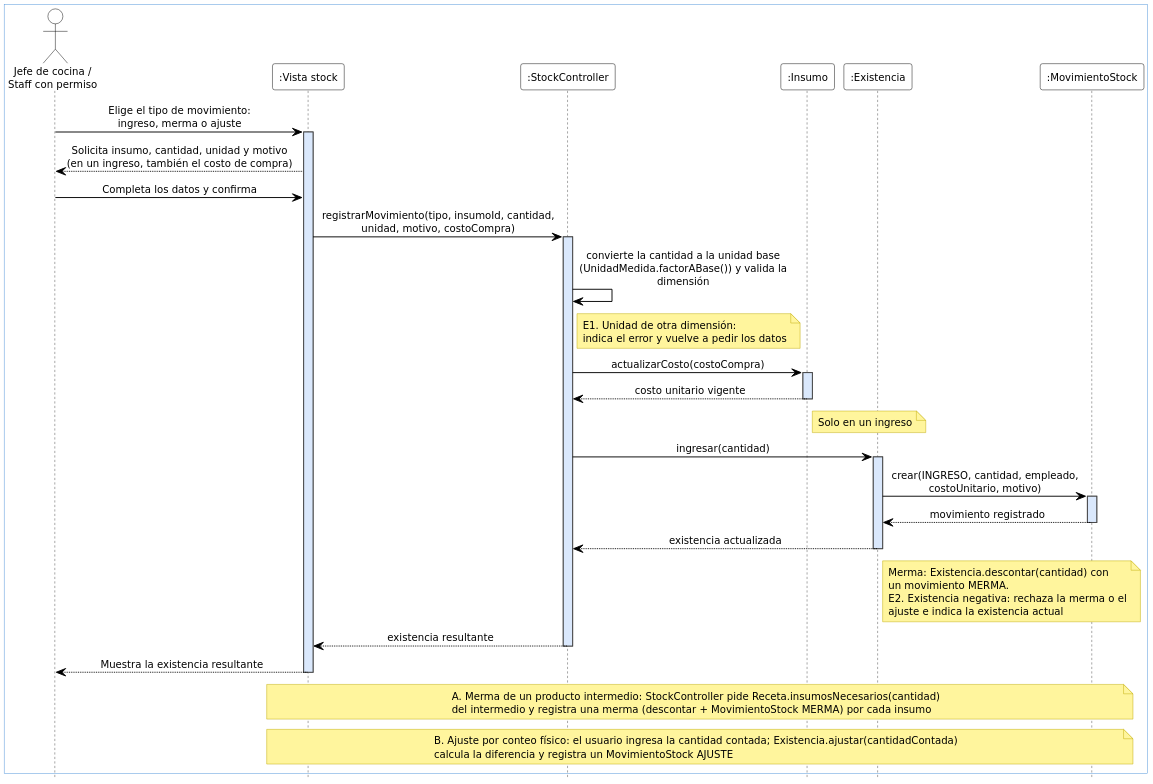
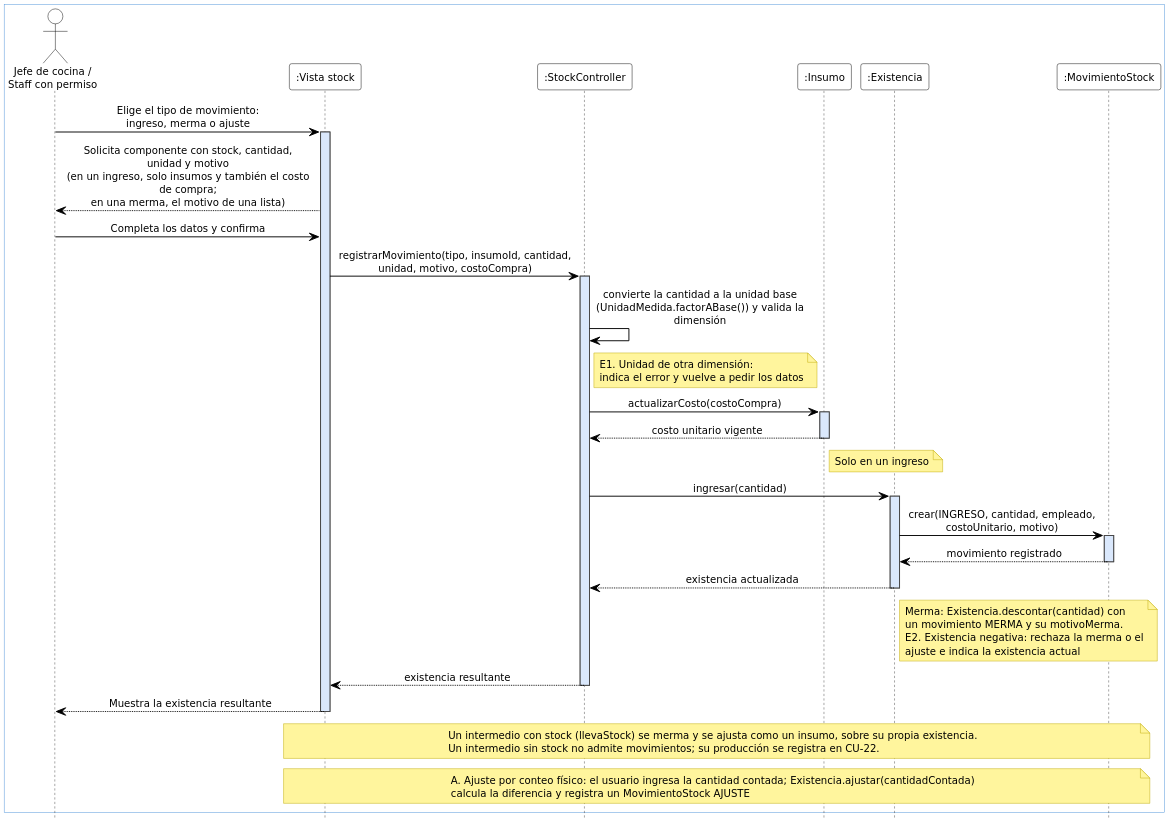
The diagram in docs/modelos/secuencia/CU-08-registrar-movimientos-de-stock/v1/cu-08-secuencia-v1.puml (GabrielLigresti/TFG-PGIM), drawn with PlantUML before and after one commit. The commit also changed 26 other files, not shown here.

Commit message:
Agregar los intermedios con stock, las tandas de producción y el motivo de merma en los modelos

```diff
--- a/docs/modelos/secuencia/CU-08-registrar-movimientos-de-stock/v1/cu-08-secuencia-v1.puml
+++ b/docs/modelos/secuencia/CU-08-registrar-movimientos-de-stock/v1/cu-08-secuencia-v1.puml
@@ -1,69 +1,69 @@
 @startuml cu-08-secuencia-v1
 ' Formato Vialia: participantes ":Clase", barras de activación celestes,
 ' sin numeración ni fragmentos; los flujos alternativos y las excepciones van como notas.
 skinparam dpi 200
 skinparam defaultFontName DejaVu Sans Condensed
 skinparam defaultFontSize 12
 skinparam shadowing false
 skinparam maxMessageSize 260
 skinparam sequenceMessageAlign center
 skinparam responseMessageBelowArrow false
 skinparam ArrowColor #000000
 skinparam ArrowThickness 1
 skinparam ActorBorderColor #000000
 skinparam ActorBackgroundColor #FFFFFF
 skinparam ActorFontColor #000000
 skinparam ParticipantBorderColor #000000
 skinparam ParticipantBackgroundColor #FFFFFF
 skinparam ParticipantFontColor #000000
 skinparam NoteBorderColor #BFA800
 skinparam NoteBackgroundColor #FFF59D
 skinparam NoteFontColor #000000
 skinparam BoxPadding 12
 skinparam sequence {
   LifeLineBorderColor #444444
   LifeLineBackgroundColor #DAE8FC
   BoxBorderColor #4A90D9
   BoxBackgroundColor #FFFFFF
 }
 hide footbox
 
 box
   actor "Jefe de cocina /\nStaff con permiso" as U
   participant ":Vista stock" as V
   participant ":StockController" as SC
   participant ":Insumo" as I
   participant ":Existencia" as E
   participant ":MovimientoStock" as MS
 end box
 
 U -> V : Elige el tipo de movimiento:\ningreso, merma o ajuste
 activate V
-V --> U : Solicita insumo, cantidad, unidad y motivo\n(en un ingreso, también el costo de compra)
+V --> U : Solicita componente con stock, cantidad, unidad y motivo\n(en un ingreso, solo insumos y también el costo de compra;\nen una merma, el motivo de una lista)
 U -> V : Completa los datos y confirma
 V -> SC : registrarMovimiento(tipo, insumoId, cantidad,\nunidad, motivo, costoCompra)
 activate SC
 SC -> SC : convierte la cantidad a la unidad base\n(UnidadMedida.factorABase()) y valida la dimensión
 note right of SC : E1. Unidad de otra dimensión:\nindica el error y vuelve a pedir los datos
 SC -> I : actualizarCosto(costoCompra)
 activate I
 I --> SC : costo unitario vigente
 deactivate I
 note right of I : Solo en un ingreso
 SC -> E : ingresar(cantidad)
 activate E
 E -> MS : crear(INGRESO, cantidad, empleado,\ncostoUnitario, motivo)
 activate MS
 MS --> E : movimiento registrado
 deactivate MS
 E --> SC : existencia actualizada
 deactivate E
-note right of E : Merma: Existencia.descontar(cantidad) con\nun movimiento MERMA.\nE2. Existencia negativa: rechaza la merma o el\najuste e indica la existencia actual
+note right of E : Merma: Existencia.descontar(cantidad) con\nun movimiento MERMA y su motivoMerma.\nE2. Existencia negativa: rechaza la merma o el\najuste e indica la existencia actual
 SC --> V : existencia resultante
 deactivate SC
 V --> U : Muestra la existencia resultante
 deactivate V
 
-note over V, MS : A. Merma de un producto intermedio: StockController pide Receta.insumosNecesarios(cantidad)\ndel intermedio y registra una merma (descontar + MovimientoStock MERMA) por cada insumo
-note over V, MS : B. Ajuste por conteo físico: el usuario ingresa la cantidad contada; Existencia.ajustar(cantidadContada)\ncalcula la diferencia y registra un MovimientoStock AJUSTE
+note over V, MS : Un intermedio con stock (llevaStock) se merma y se ajusta como un insumo, sobre su propia existencia.\nUn intermedio sin stock no admite movimientos; su producción se registra en CU-22.
+note over V, MS : A. Ajuste por conteo físico: el usuario ingresa la cantidad contada; Existencia.ajustar(cantidadContada)\ncalcula la diferencia y registra un MovimientoStock AJUSTE
 @enduml
```
